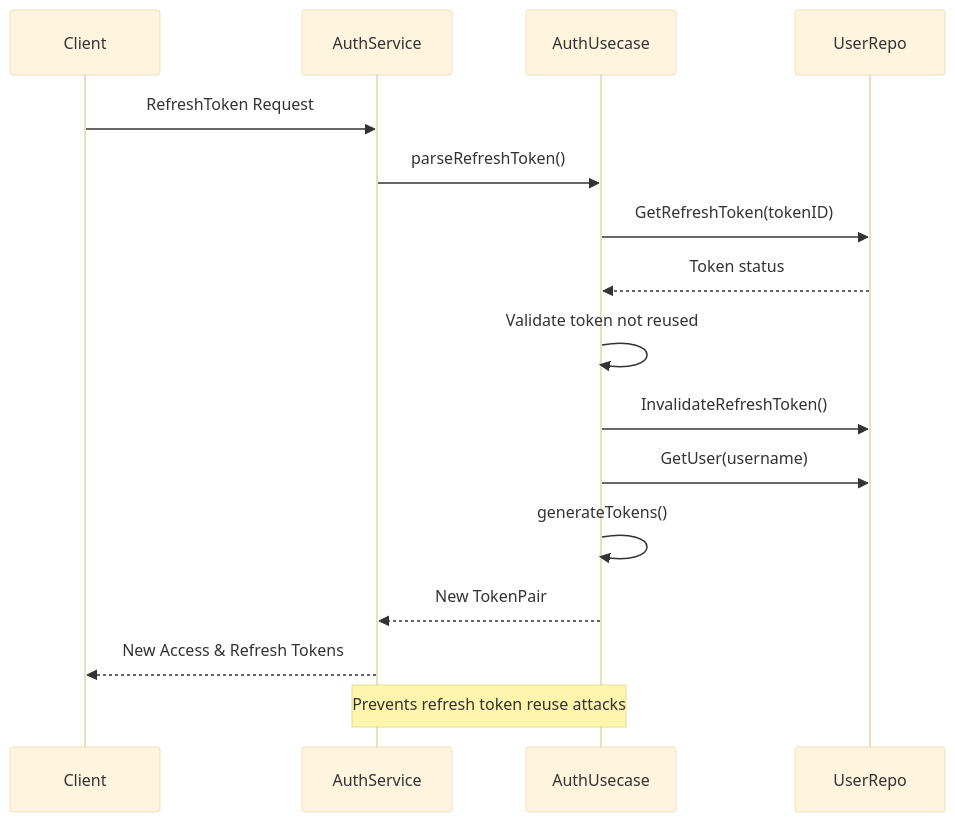
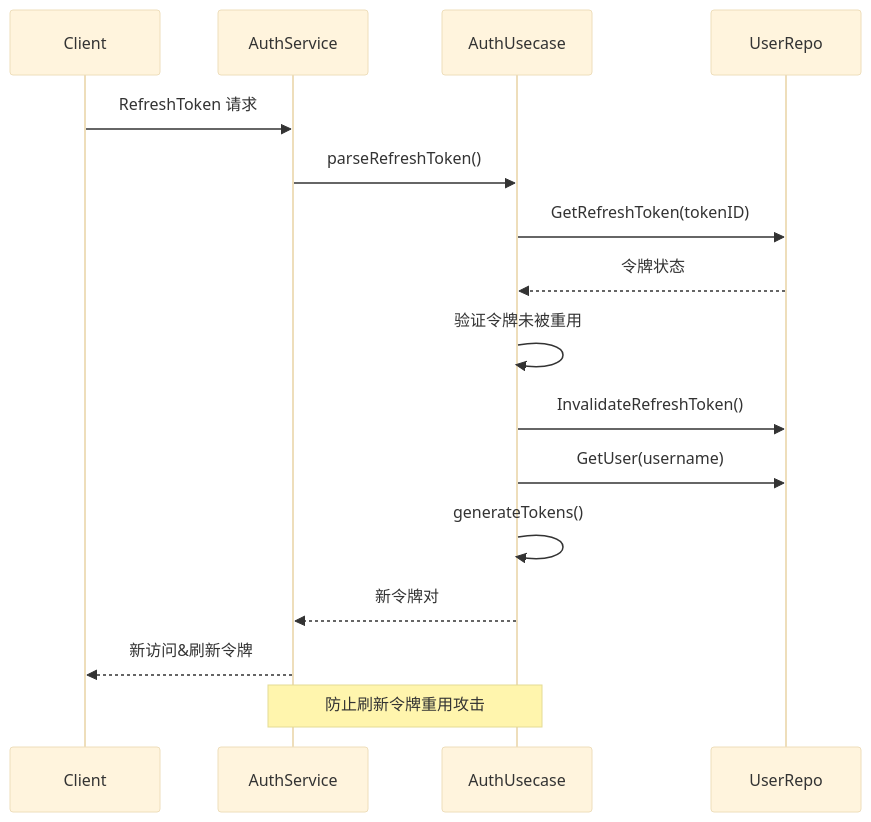
One commit to 26huitailang/kratos-boilerplate changed the third of 5 diagrams in .qoder/repowiki/zh/content/API Reference/Authentication API/Authentication API.md. Above: the diagram before and after it, drawn with Mermaid (base theme). The commit also changed other lines of this file and 31 other files, not shown here.

````diff
--- a/.qoder/repowiki/zh/content/API Reference/Authentication API/Authentication API.md
+++ b/.qoder/repowiki/zh/content/API Reference/Authentication API/Authentication API.md
@@ -335,18 +335,18 @@
 ```mermaid
 sequenceDiagram
 participant Client
 participant AuthService
 participant AuthUsecase
 participant UserRepo
-Client->>AuthService : RefreshToken Request
+Client->>AuthService : RefreshToken 请求
 AuthService->>AuthUsecase : parseRefreshToken()
 AuthUsecase->>UserRepo : GetRefreshToken(tokenID)
-UserRepo-->>AuthUsecase : Token status
-AuthUsecase->>AuthUsecase : Validate token not reused
+UserRepo-->>AuthUsecase : 令牌状态
+AuthUsecase->>AuthUsecase : 验证令牌未被重用
 AuthUsecase->>UserRepo : InvalidateRefreshToken()
 AuthUsecase->>UserRepo : GetUser(username)
 AuthUsecase->>AuthUsecase : generateTokens()
-AuthUsecase-->>AuthService : New TokenPair
-AuthService-->>Client : New Access & Refresh Tokens
-Note over AuthService,AuthUsecase : Prevents refresh token reuse attacks
+AuthUsecase-->>AuthService : 新令牌对
+AuthService-->>Client : 新访问&刷新令牌
+Note over AuthService,AuthUsecase : 防止刷新令牌重用攻击
 ```
````
